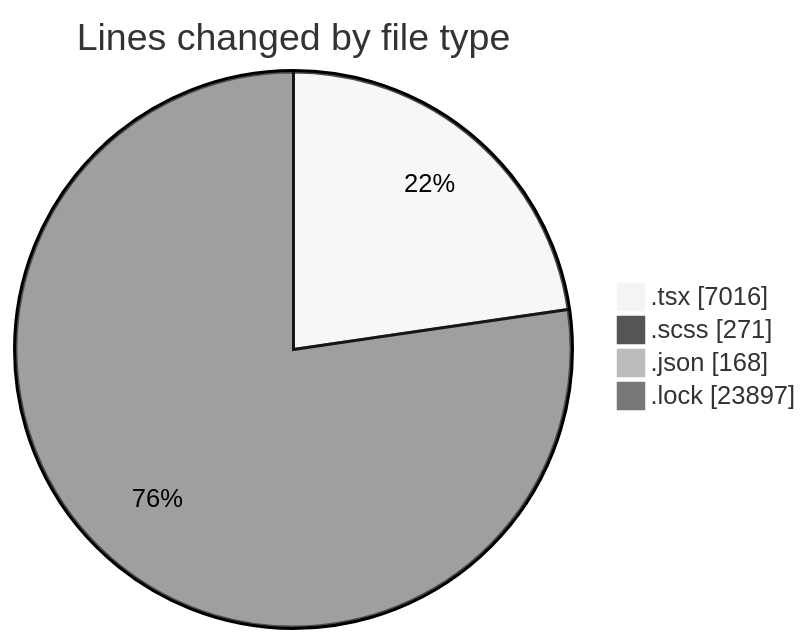
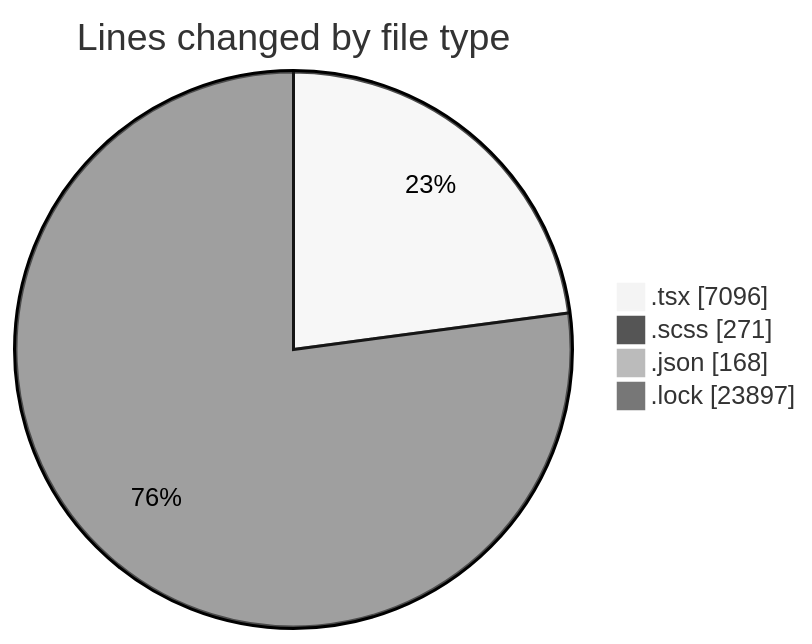
The first of 2 diagrams in 2025-11-18/cda/README.md (momahboobian/code-tracking), drawn with Mermaid (neutral theme) before and after one commit. The commit also changed other lines of this file and 1 other file, not shown here.

````diff
--- a/2025-11-18/cda/README.md
+++ b/2025-11-18/cda/README.md
@@ -34,8 +34,8 @@
 ```mermaid
 pie showData
 title Lines changed by file type
-".tsx" : 7016
+".tsx" : 7096
 ".scss" : 271
 ".json" : 168
 ".lock" : 23897
 ```
````
